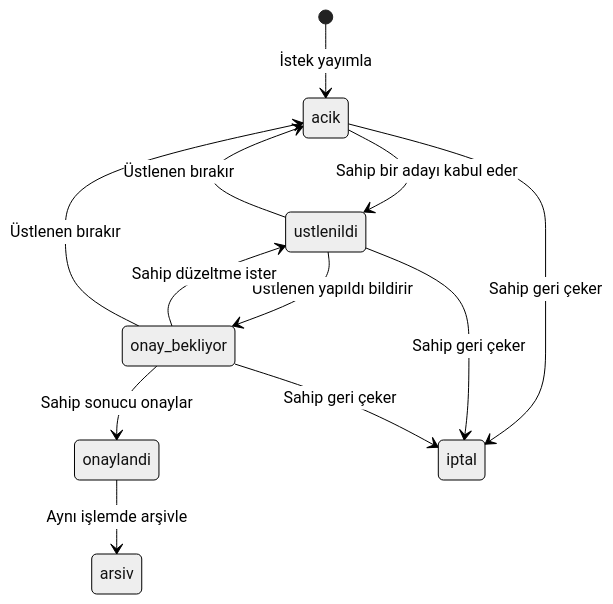
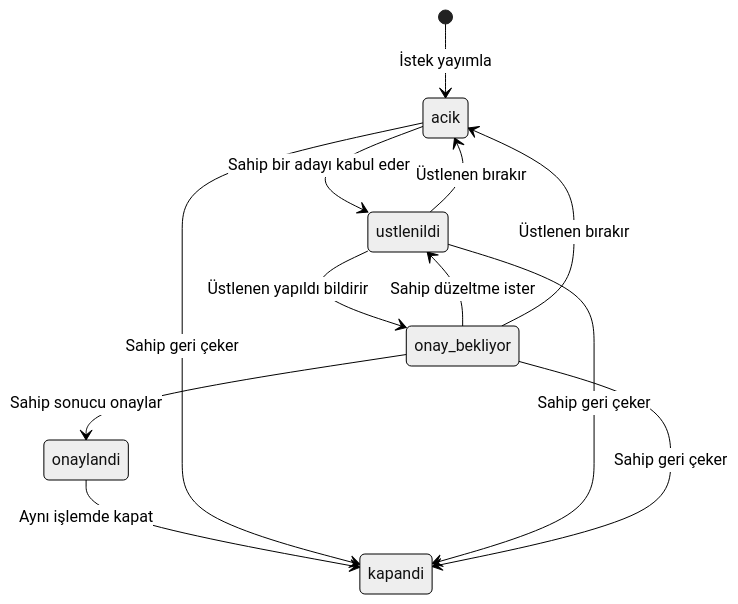
One commit to batuhangulbahar2011-cpu/askida-gorev-panosu-tasarim changed the diagram in akis.md. Above: the diagram before and after it, drawn with Mermaid (neutral theme). The commit also changed other lines of this file and 3 other files, not shown here.

````diff
--- a/akis.md
+++ b/akis.md
@@ -9,14 +9,14 @@
 ```mermaid
 stateDiagram-v2
     [*] --> acik: İstek yayımla
     acik --> ustlenildi: Sahip bir adayı kabul eder
     ustlenildi --> onay_bekliyor: Üstlenen yapıldı bildirir
     onay_bekliyor --> ustlenildi: Sahip düzeltme ister
     onay_bekliyor --> onaylandi: Sahip sonucu onaylar
-    onaylandi --> arsiv: Aynı işlemde arşivle
+    onaylandi --> kapandi: Aynı işlemde kapat
     ustlenildi --> acik: Üstlenen bırakır
     onay_bekliyor --> acik: Üstlenen bırakır
-    acik --> iptal: Sahip geri çeker
-    ustlenildi --> iptal: Sahip geri çeker
-    onay_bekliyor --> iptal: Sahip geri çeker
+    acik --> kapandi: Sahip geri çeker
+    ustlenildi --> kapandi: Sahip geri çeker
+    onay_bekliyor --> kapandi: Sahip geri çeker
 ```
````
